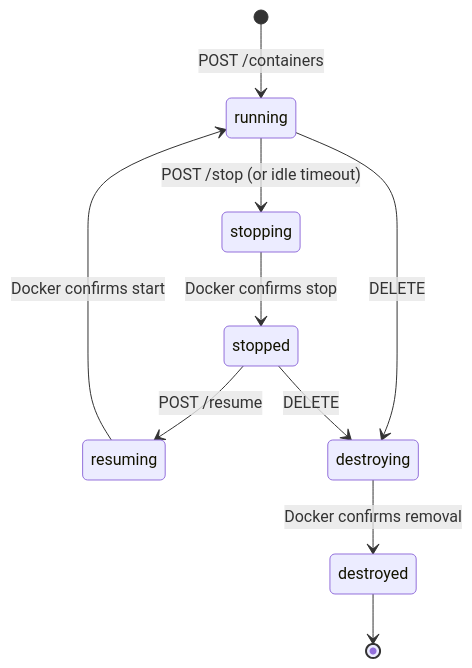
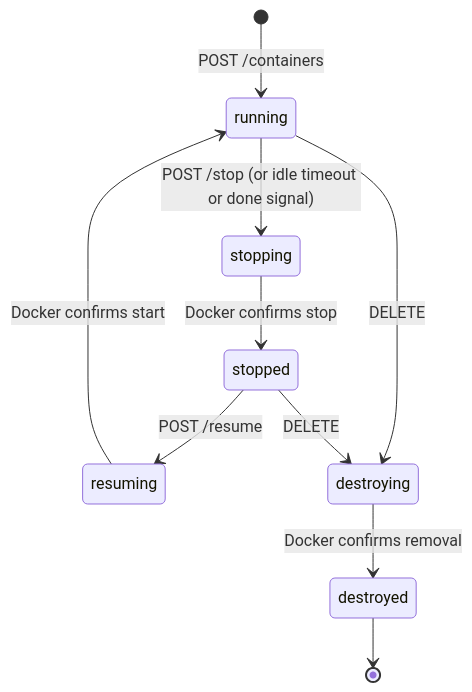
Before and after one commit to saibotsivad/drover: the diagram in README.md, drawn with Mermaid. The commit also changed other lines of this file and 3 other files, not shown here.

First line of the commit message:
Add container done signal for immediate stop

````diff
--- a/README.md
+++ b/README.md
@@ -182,12 +188,12 @@
 ```mermaid
 stateDiagram-v2
     [*] --> running: POST /containers
-    running --> stopping: POST /stop (or idle timeout)
+    running --> stopping: POST /stop (or idle timeout or done signal)
     stopping --> stopped: Docker confirms stop
     stopped --> resuming: POST /resume
     resuming --> running: Docker confirms start
     running --> destroying: DELETE
     stopped --> destroying: DELETE
     destroying --> destroyed: Docker confirms removal
     destroyed --> [*]
 ```
````
